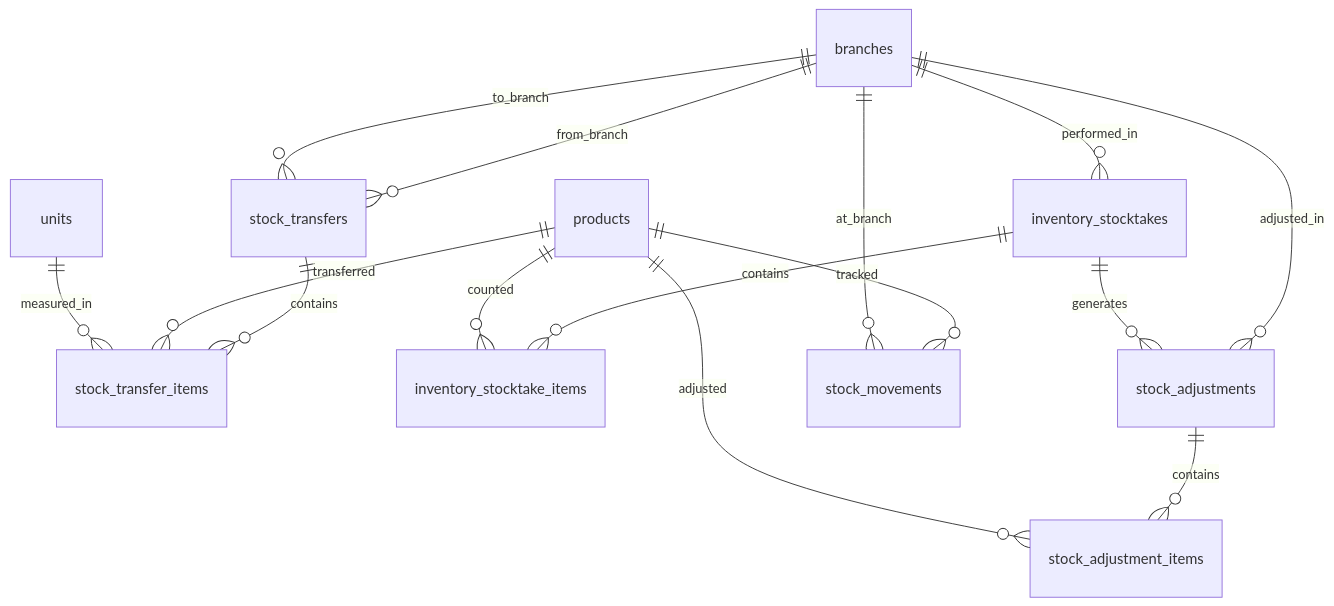
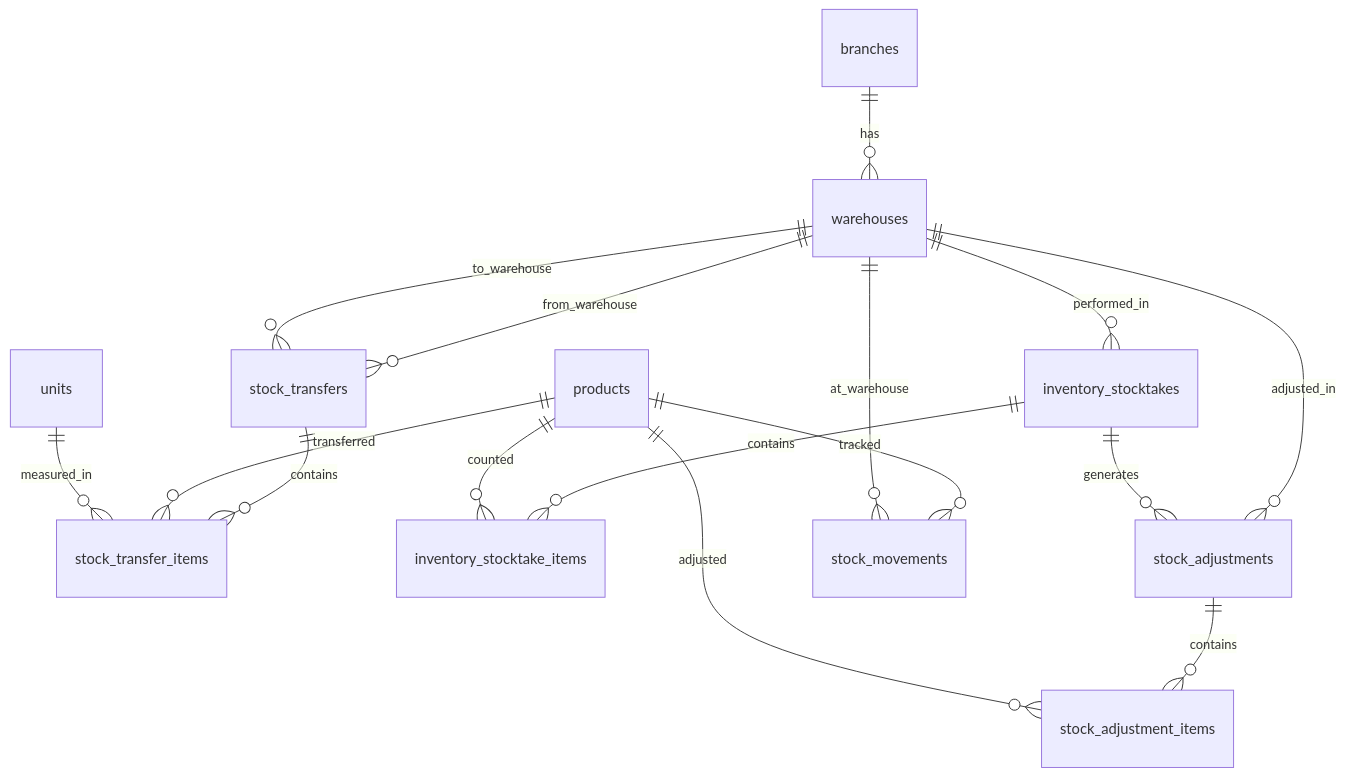
The first of 4 diagrams in docs/database/14_inventory_design.md (gmedia/erp), drawn with Mermaid before and after one commit. The commit also changed other lines of this file, not shown here.

Commit message:
docs: Introduce warehouse master and update inventory design to shift stock granularity from branch to warehouse.

````diff
--- a/docs/database/14_inventory_design.md
+++ b/docs/database/14_inventory_design.md
@@ -67,26 +74,29 @@
 ```mermaid
 erDiagram
+    %% Warehouses
+    branches ||--o{ warehouses : has
+    warehouses ||--o{ stock_transfers : from_warehouse
+    warehouses ||--o{ stock_transfers : to_warehouse
+
     %% Transfer
-    branches ||--o{ stock_transfers : from_branch
-    branches ||--o{ stock_transfers : to_branch
     stock_transfers ||--o{ stock_transfer_items : contains
     products ||--o{ stock_transfer_items : transferred
     units ||--o{ stock_transfer_items : measured_in
 
     %% Stocktake
-    branches ||--o{ inventory_stocktakes : performed_in
+    warehouses ||--o{ inventory_stocktakes : performed_in
     inventory_stocktakes ||--o{ inventory_stocktake_items : contains
     products ||--o{ inventory_stocktake_items : counted
 
     %% Adjustment
-    branches ||--o{ stock_adjustments : adjusted_in
+    warehouses ||--o{ stock_adjustments : adjusted_in
     stock_adjustments ||--o{ stock_adjustment_items : contains
     products ||--o{ stock_adjustment_items : adjusted
 
     %% Audit Trail
     products ||--o{ stock_movements : tracked
-    branches ||--o{ stock_movements : at_branch
+    warehouses ||--o{ stock_movements : at_warehouse
 
     %% Linkage
     inventory_stocktakes ||--o{ stock_adjustments : generates
 ```
````
